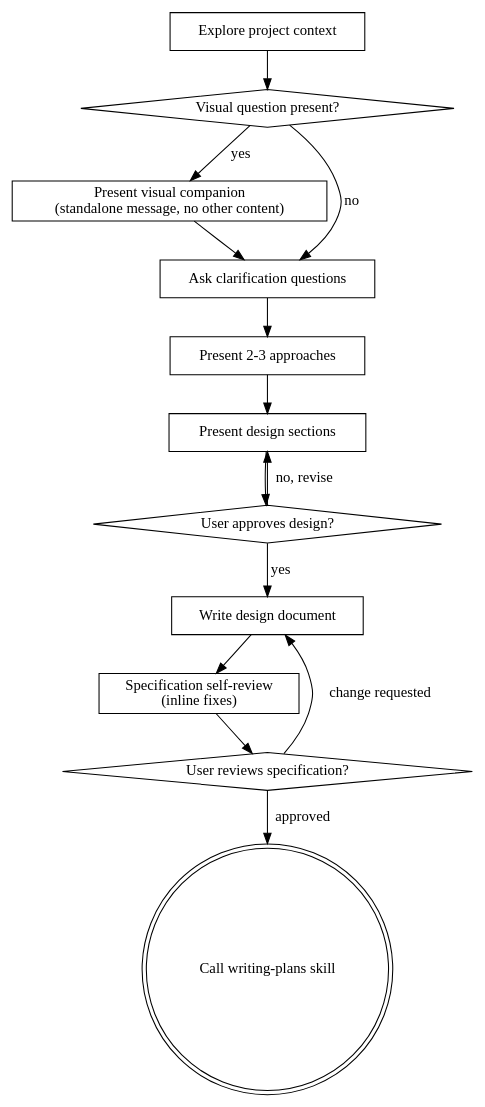
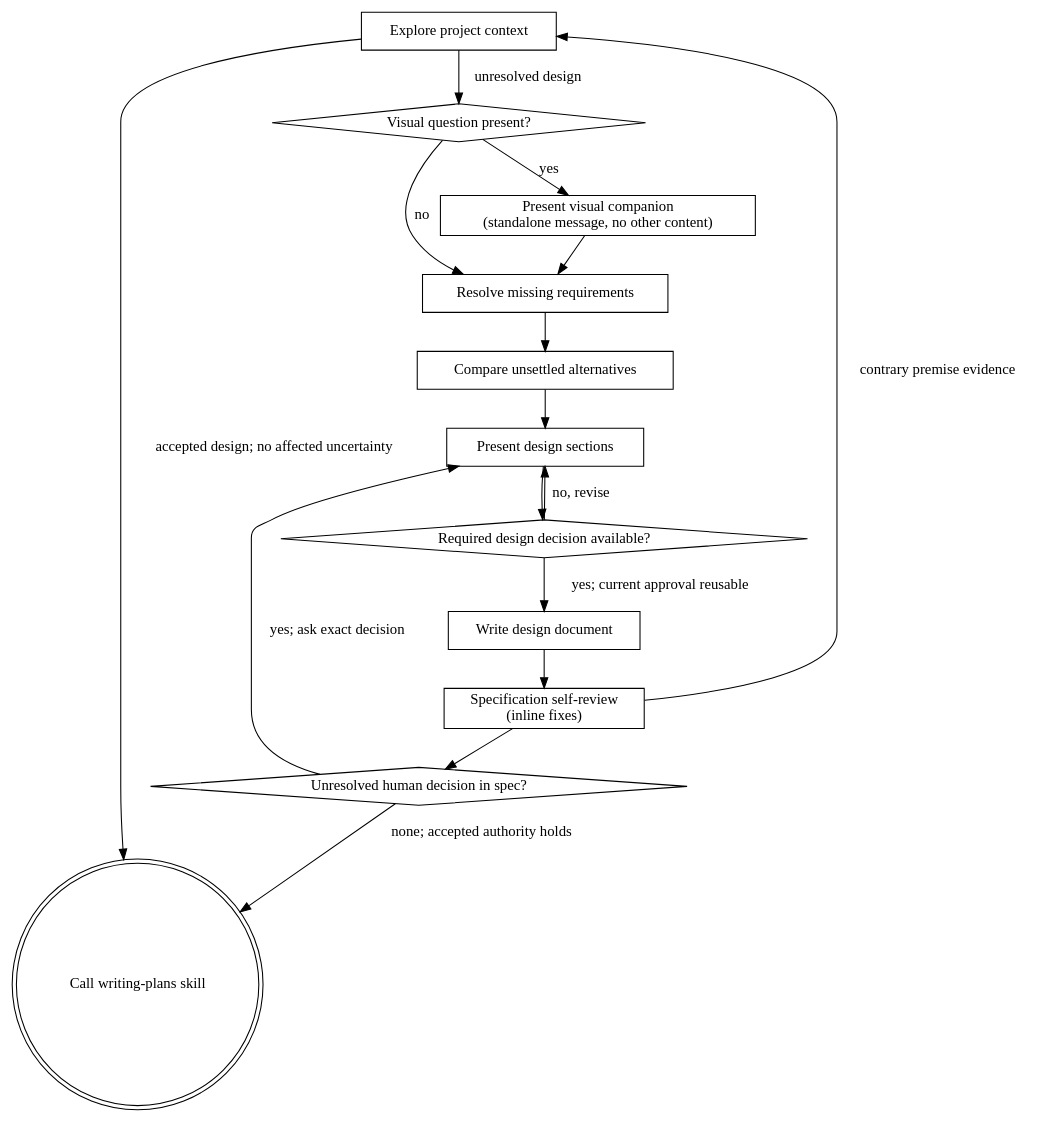
Before and after one commit to AidALL/ghost-alice: the diagram in coding-convention/brainstorming/SKILL.md, drawn with Graphviz. The commit also changed other lines of this file and 158 other files, not shown here.

````diff
--- a/coding-convention/brainstorming/SKILL.md
+++ b/coding-convention/brainstorming/SKILL.md
@@ -50,29 +50,31 @@
 ```dot
 digraph brainstorming {
     "Explore project context" [shape=box];
     "Visual question present?" [shape=diamond];
     "Present visual companion\n(standalone message, no other content)" [shape=box];
-    "Ask clarification questions" [shape=box];
-    "Present 2-3 approaches" [shape=box];
+    "Resolve missing requirements" [shape=box];
+    "Compare unsettled alternatives" [shape=box];
     "Present design sections" [shape=box];
-    "User approves design?" [shape=diamond];
+    "Required design decision available?" [shape=diamond];
     "Write design document" [shape=box];
     "Specification self-review\n(inline fixes)" [shape=box];
-    "User reviews specification?" [shape=diamond];
+    "Unresolved human decision in spec?" [shape=diamond];
     "Call writing-plans skill" [shape=doublecircle];
 
-    "Explore project context" -> "Visual question present?";
+    "Explore project context" -> "Visual question present?" [label="unresolved design"];
+    "Explore project context" -> "Call writing-plans skill" [label="accepted design; no affected uncertainty"];
     "Visual question present?" -> "Present visual companion\n(standalone message, no other content)" [label="yes"];
-    "Visual question present?" -> "Ask clarification questions" [label="no"];
-    "Present visual companion\n(standalone message, no other content)" -> "Ask clarification questions";
-    "Ask clarification questions" -> "Present 2-3 approaches";
-    "Present 2-3 approaches" -> "Present design sections";
-    "Present design sections" -> "User approves design?";
-    "User approves design?" -> "Present design sections" [label="no, revise"];
-    "User approves design?" -> "Write design document" [label="yes"];
+    "Visual question present?" -> "Resolve missing requirements" [label="no"];
+    "Present visual companion\n(standalone message, no other content)" -> "Resolve missing requirements";
+    "Resolve missing requirements" -> "Compare unsettled alternatives";
+    "Compare unsettled alternatives" -> "Present design sections";
+    "Present design sections" -> "Required design decision available?";
+    "Required design decision available?" -> "Present design sections" [label="no, revise"];
+    "Required design decision available?" -> "Write design document" [label="yes; current approval reusable"];
     "Write design document" -> "Specification self-review\n(inline fixes)";
-    "Specification self-review\n(inline fixes)" -> "User reviews specification?";
-    "User reviews specification?" -> "Write design document" [label="change requested"];
-    "User reviews specification?" -> "Call writing-plans skill" [label="approved"];
+    "Specification self-review\n(inline fixes)" -> "Unresolved human decision in spec?";
+    "Unresolved human decision in spec?" -> "Present design sections" [label="yes; ask exact decision"];
+    "Specification self-review\n(inline fixes)" -> "Explore project context" [label="contrary premise evidence"];
+    "Unresolved human decision in spec?" -> "Call writing-plans skill" [label="none; accepted authority holds"];
 }
 ```
````
